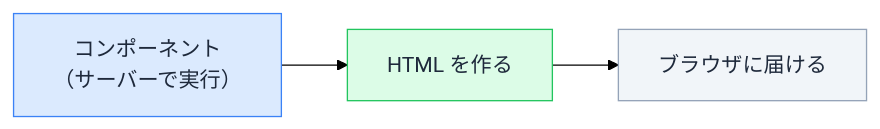
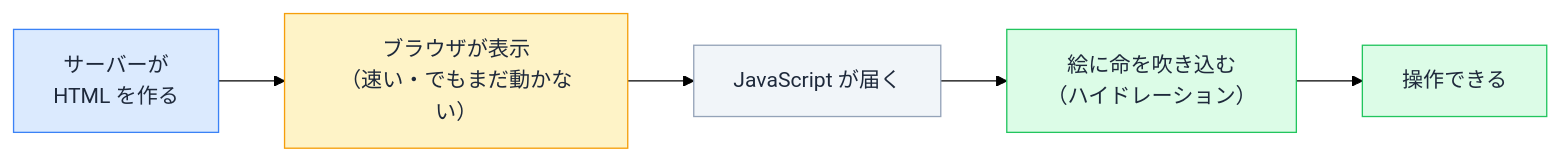
The diagram in docs/drafts/013/index.md (ozaki25/web-front-training-ozaki25), drawn with Mermaid (forest theme) before and after one commit. The commit also changed other lines of this file and 2 other files, not shown here.

````diff
--- a/docs/drafts/013/index.md
+++ b/docs/drafts/013/index.md
@@ -26,7 +37,12 @@
 ```mermaid
 flowchart LR
-  C["コンポーネント<br>（サーバーで実行）"] --> H["HTML を作る"] --> B["ブラウザに届ける"]
-  style C fill:#dbeafe,color:#1e293b,stroke:#3b82f6
-  style H fill:#dcfce7,color:#1e293b,stroke:#22c55e
-  style B fill:#f1f5f9,color:#1e293b,stroke:#94a3b8
+  A["サーバーが<br>HTML を作る"] --> B["ブラウザが表示<br>（速い・でもまだ動かない）"]
+  B --> C["JavaScript が届く"]
+  C --> D["絵に命を吹き込む<br>（ハイドレーション）"]
+  D --> E["操作できる"]
+  style A fill:#dbeafe,color:#1e293b,stroke:#3b82f6
+  style B fill:#fef3c7,color:#1e293b,stroke:#f59e0b
+  style C fill:#f1f5f9,color:#1e293b,stroke:#94a3b8
+  style D fill:#dcfce7,color:#1e293b,stroke:#22c55e
+  style E fill:#dcfce7,color:#1e293b,stroke:#22c55e
 ```
````
